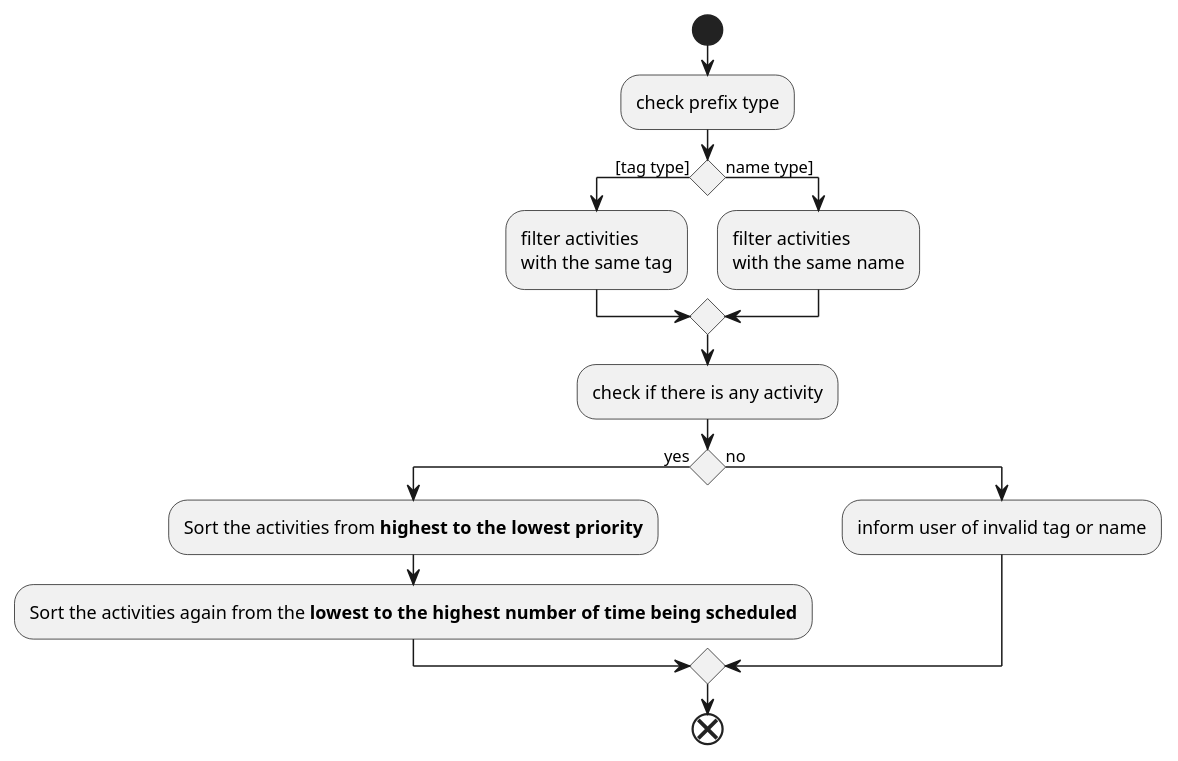
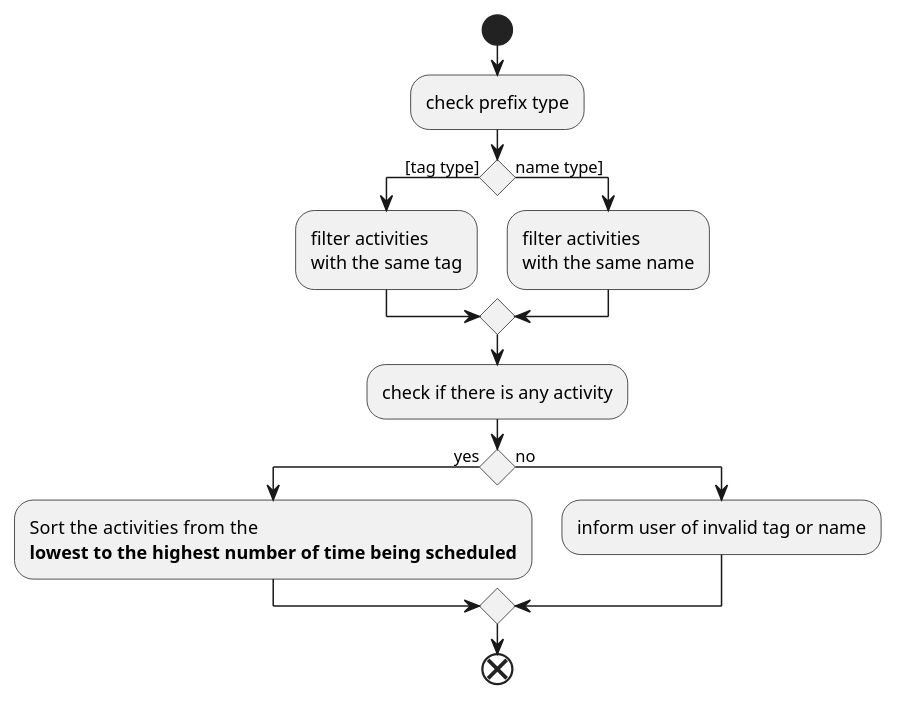
Before and after one commit to nus-cs2103-AY1920S1/addressbook-level3: the diagram in docs/diagrams/AutoScheduleActivityDiagram2.puml, drawn with PlantUML. The commit also changed 9 other files, not shown here.

```diff
--- a/docs/diagrams/AutoScheduleActivityDiagram2.puml
+++ b/docs/diagrams/AutoScheduleActivityDiagram2.puml
@@ -1,20 +1,19 @@
 @startuml
 skinparam activityShape rectangle
 start
 
 :check prefix type;
 if() then ([tag type])
     :filter activities \nwith the same tag;
 else (name type])
     :filter activities \nwith the same name;
 endif
 :check if there is any activity;
 if() then (yes)
 
-:Sort the activities from **highest to the lowest priority**;
-:Sort the activities again from the **lowest to the highest number of time being scheduled**;
+:Sort the activities  from the \n**lowest to the highest number of time being scheduled**;
 else (no)
     :inform user of invalid tag or name;
 endif
 end
 @enduml
```
